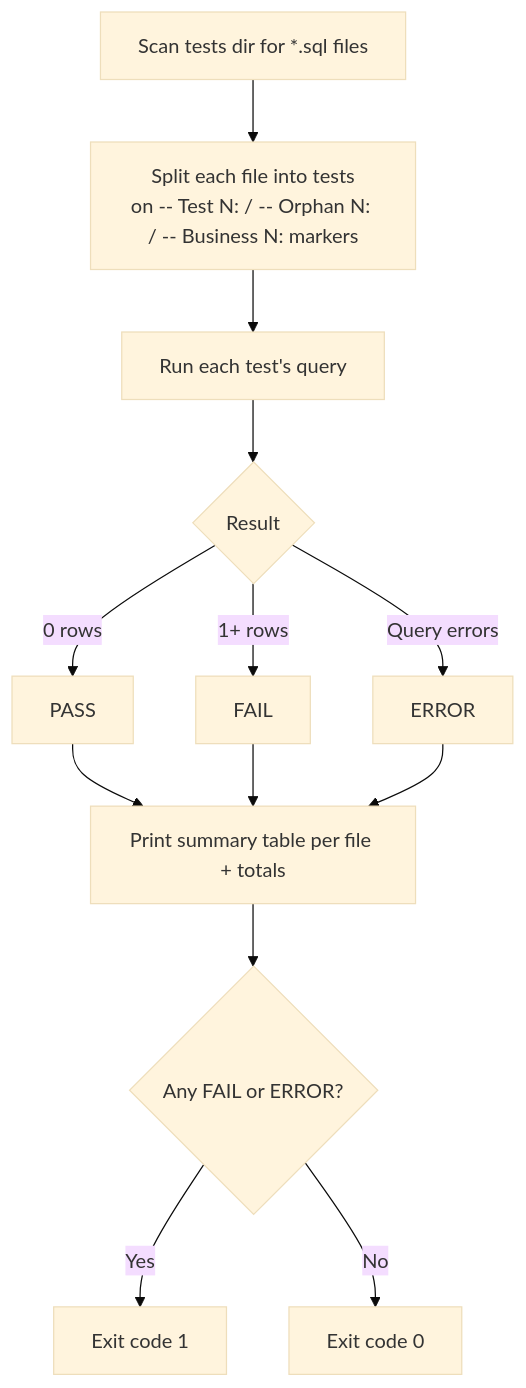
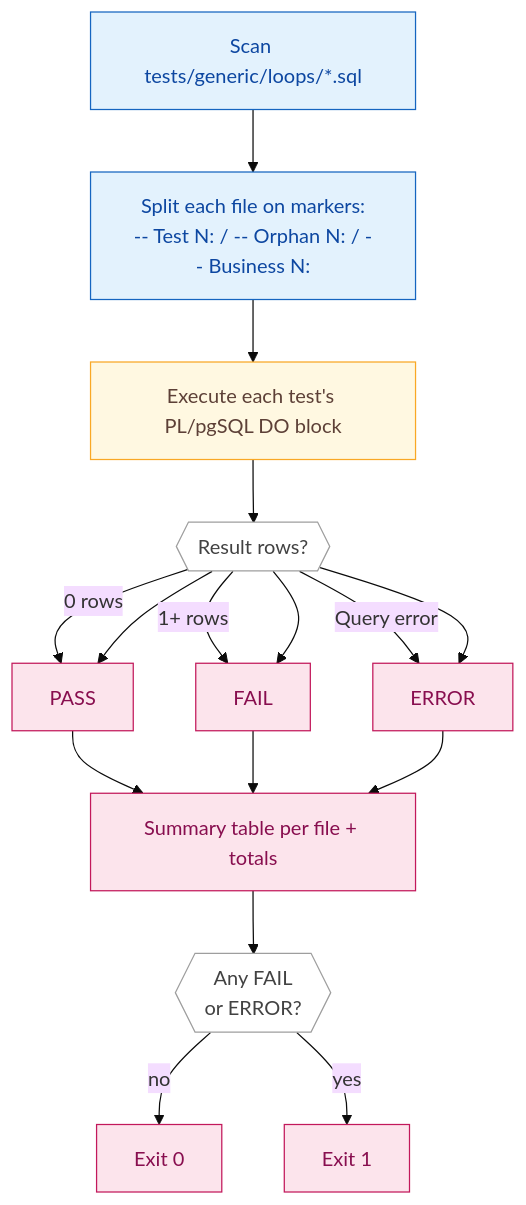
The second of 2 diagrams in docs/scripts.md (Nitinx12/Bike-Store-Relational-Database), drawn with Mermaid (base theme) before and after one commit. The commit also changed other lines of this file and 7 other files, not shown here.

First line of the commit message:
docs: refresh all docs with colored Mermaid diagrams and fix paths

````diff
--- a/docs/scripts.md
+++ b/docs/scripts.md
@@ -74,15 +93,26 @@
 ```mermaid
 flowchart TD
-    A[Scan tests dir for *.sql files] --> B[Split each file into tests<br/>on -- Test N: / -- Orphan N: / -- Business N: markers]
-    B --> C[Run each test's query]
-    C --> D{Result}
-    D -->|0 rows| E[PASS]
-    D -->|1+ rows| F[FAIL]
-    D -->|Query errors| G[ERROR]
-    E --> H[Print summary table per file + totals]
+    classDef scan fill:#e3f2fd,stroke:#1565c0,color:#0d47a1
+    classDef run fill:#fff8e1,stroke:#f9a825,color:#5d4037
+    classDef result fill:#fce4ec,stroke:#c2185b,color:#880e4f
+    classDef decision fill:#ffffff,stroke:#9e9e9e,color:#424242
+
+    A["Scan tests/generic/loops/<N>*.sql"]:::scan
+    B["Split each file on markers:<br/>-- Test N: / -- Orphan N: / -- Business N:"]:::scan
+    C["Execute each test's PL/pgSQL DO block"]:::run
+    D{{"Result rows?"}}:::decision
+    D -->|0 rows| E["PASS"]:::result
+    D -->|1+ rows| F["FAIL"]:::result
+    D -->|Query error| G["ERROR"]:::result
+    E --> H["Summary table per file + totals"]:::result
     F --> H
     G --> H
-    H --> I{Any FAIL or ERROR?}
-    I -->|Yes| J[Exit code 1]
-    I -->|No| K[Exit code 0]
+    H --> I{{"Any FAIL<br/>or ERROR?"}}:::decision
+    I -->|no| J["Exit 0"]:::result
+    I -->|yes| K["Exit 1"]:::result
+
+    A --> B --> C --> D
+    D --> E
+    D --> F
+    D --> G
 ```
````
